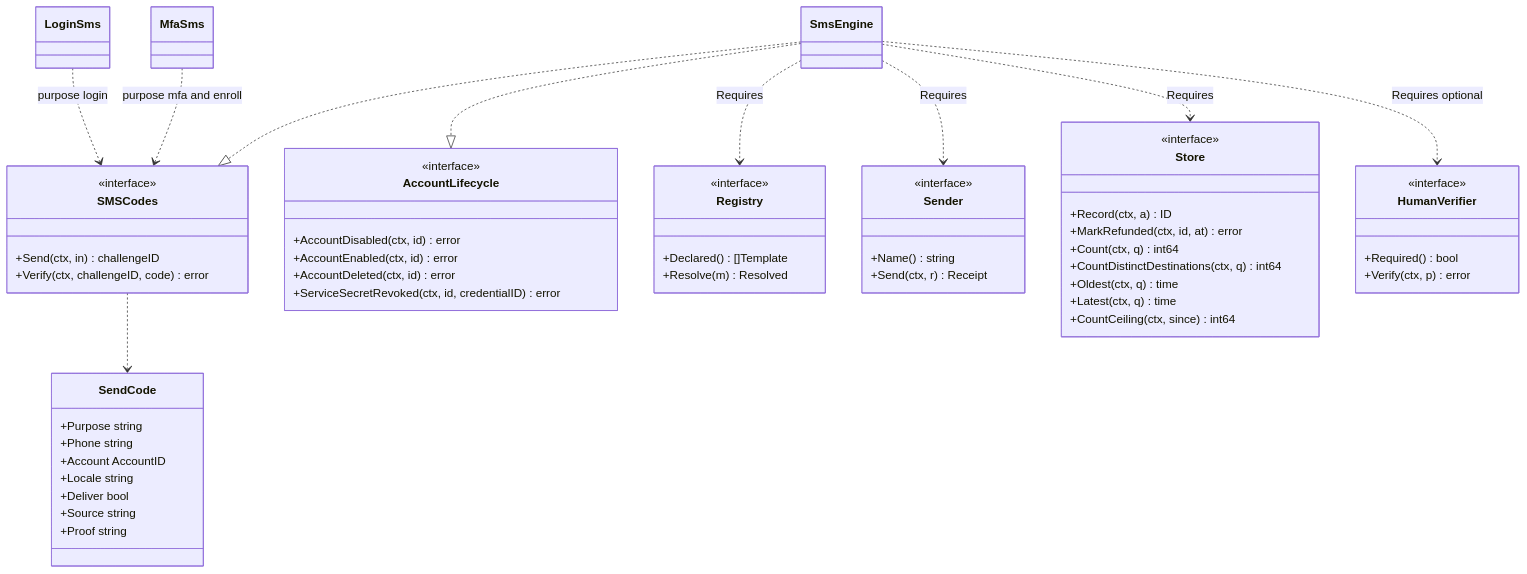
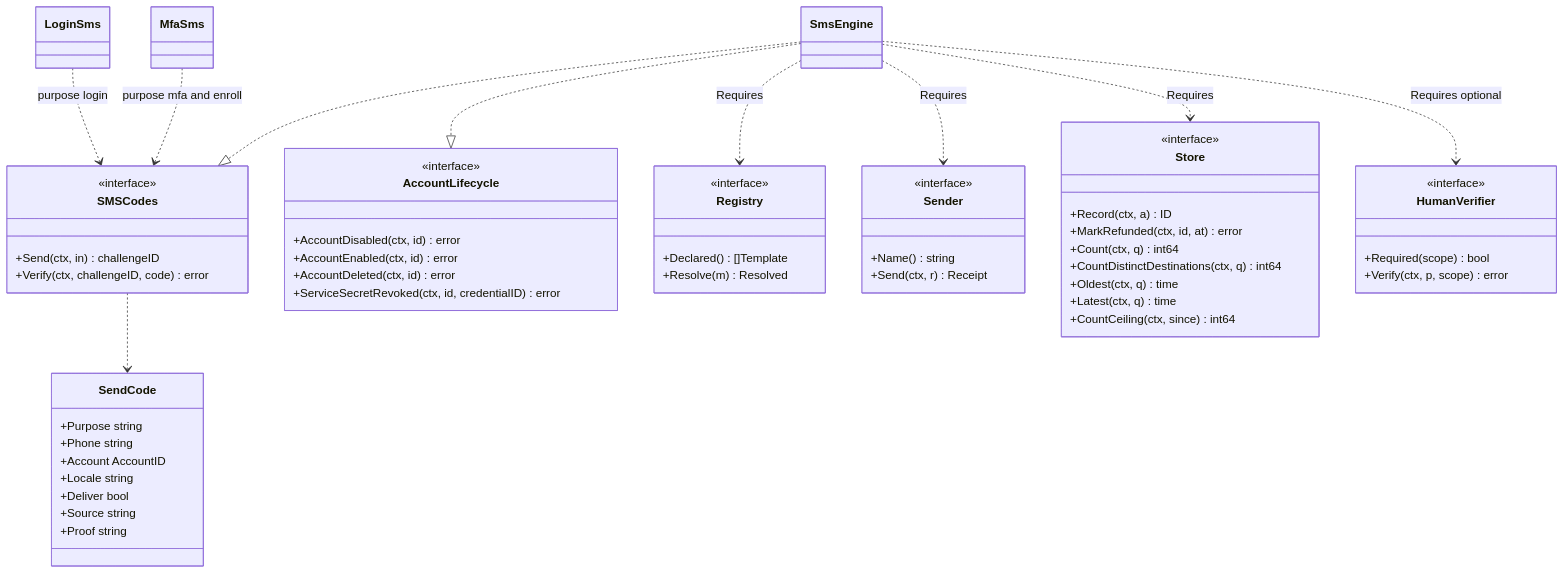
Before and after one commit to wangzw/speed: the first of 4 diagrams in docs/design/modules/authn/design-authn-sms.md, drawn with Mermaid. The commit also changed other lines of this file and 14 other files, not shown here.

````diff
--- a/docs/design/modules/authn/design-authn-sms.md
+++ b/docs/design/modules/authn/design-authn-sms.md
@@ -171,61 +171,61 @@
 ```mermaid
 classDiagram
     class SMSCodes {
         <<interface>>
         +Send(ctx, in) challengeID
         +Verify(ctx, challengeID, code) error
     }
     class AccountLifecycle {
         <<interface>>
         +AccountDisabled(ctx, id) error
         +AccountEnabled(ctx, id) error
         +AccountDeleted(ctx, id) error
         +ServiceSecretRevoked(ctx, id, credentialID) error
     }
     class Registry {
         <<interface>>
         +Declared() []Template
         +Resolve(m) Resolved
     }
     class Sender {
         <<interface>>
         +Name() string
         +Send(ctx, r) Receipt
     }
     class Store {
         <<interface>>
         +Record(ctx, a) ID
         +MarkRefunded(ctx, id, at) error
         +Count(ctx, q) int64
         +CountDistinctDestinations(ctx, q) int64
         +Oldest(ctx, q) time
         +Latest(ctx, q) time
         +CountCeiling(ctx, since) int64
     }
     class HumanVerifier {
         <<interface>>
-        +Required() bool
-        +Verify(ctx, p) error
+        +Required(scope) bool
+        +Verify(ctx, p, scope) error
     }
     class SendCode {
         +Purpose string
         +Phone string
         +Account AccountID
         +Locale string
         +Deliver bool
         +Source string
         +Proof string
     }
     class SmsEngine
     class LoginSms
     class MfaSms
     SmsEngine ..|> SMSCodes
     SmsEngine ..|> AccountLifecycle
     SmsEngine ..> Registry : Requires
     SmsEngine ..> Sender : Requires
     SmsEngine ..> Store : Requires
     SmsEngine ..> HumanVerifier : Requires optional
     LoginSms ..> SMSCodes : purpose login
     MfaSms ..> SMSCodes : purpose mfa and enroll
     SMSCodes ..> SendCode
 ```
````
